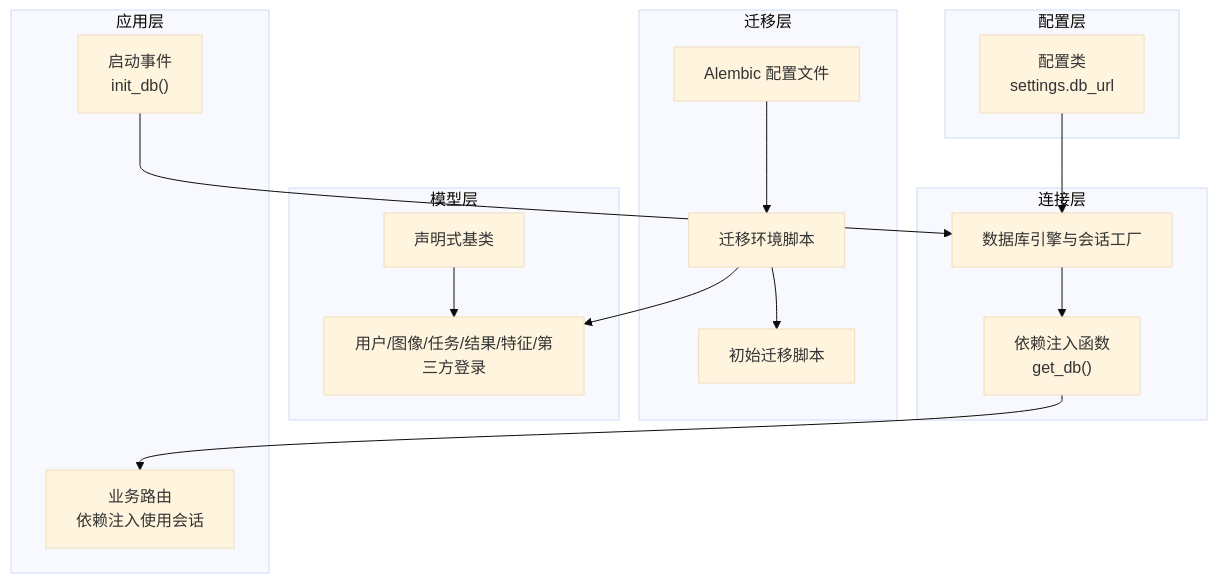
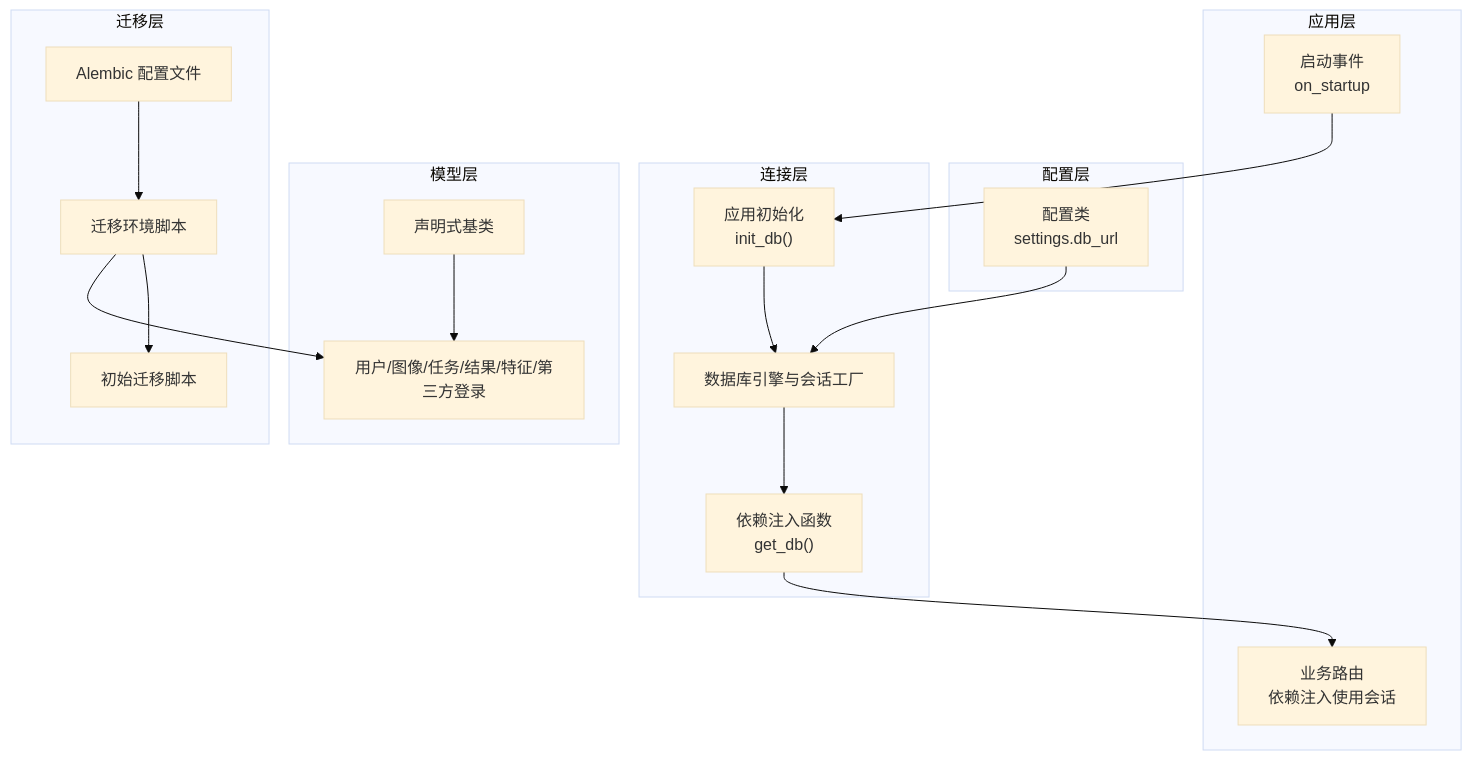
The first of 6 diagrams in .qoder/repowiki/zh/content/存储和缓存/数据库管理.md (selectzhangyuan/AI-photo-coach), drawn with Mermaid (base theme) before and after one commit. The commit also changed other lines of this file and 29 other files, not shown here.

````diff
--- a/.qoder/repowiki/zh/content/存储和缓存/数据库管理.md
+++ b/.qoder/repowiki/zh/content/存储和缓存/数据库管理.md
@@ -46,30 +55,32 @@
 ```mermaid
 graph TB
 subgraph "配置层"
 CFG["配置类<br/>settings.db_url"]
 end
 subgraph "连接层"
 DB["数据库引擎与会话工厂"]
 GEN["依赖注入函数<br/>get_db()"]
+ENDINIT["应用初始化<br/>init_db()"]
 end
 subgraph "迁移层"
 AINI["Alembic 配置文件"]
 ENV["迁移环境脚本"]
 REV["初始迁移脚本"]
 end
 subgraph "模型层"
 BASE["声明式基类"]
 MODELS["用户/图像/任务/结果/特征/第三方登录"]
 end
 subgraph "应用层"
-MAIN["启动事件<br/>init_db()"]
+MAIN["启动事件<br/>on_startup"]
 ROUTERS["业务路由<br/>依赖注入使用会话"]
 end
 CFG --> DB
 DB --> GEN
 AINI --> ENV --> REV
 BASE --> MODELS
-MAIN --> DB
+MAIN --> ENDINIT
+ENDINIT --> DB
 GEN --> ROUTERS
 ENV --> MODELS
 ```
````
